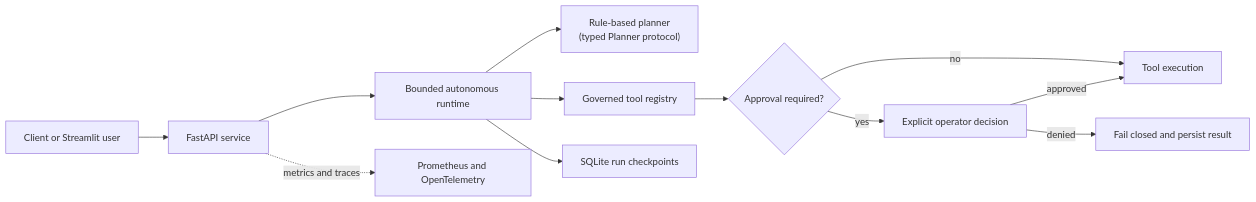
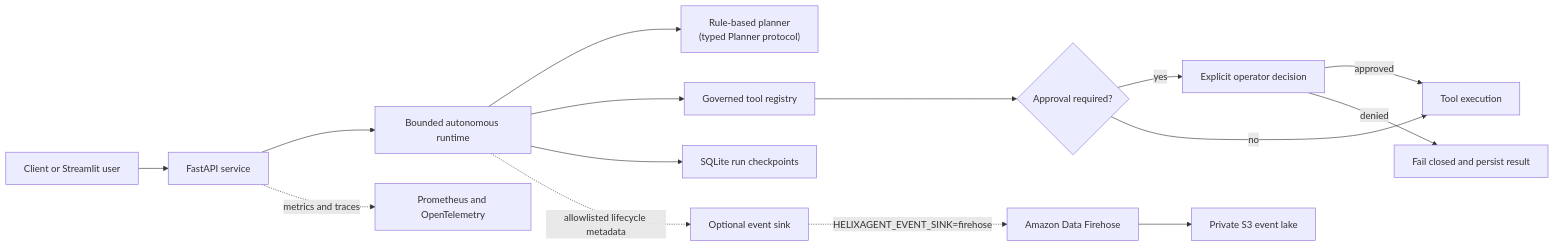
The first of 3 diagrams in README.md (CoreyLeath-code/HelixAgent), drawn with Mermaid before and after one commit. The commit also changed other lines of this file, not shown here.

Commit message:
docs: document AWS event lake and refresh badges

````diff
--- a/README.md
+++ b/README.md
@@ -45,14 +49,17 @@
 ```mermaid
 flowchart LR
     user["Client or Streamlit user"] --> api["FastAPI service"]
     api --> runtime["Bounded autonomous runtime"]
     runtime --> planner["Rule-based planner\n(typed Planner protocol)"]
     runtime --> registry["Governed tool registry"]
     registry --> gate{"Approval required?"}
     gate -- "yes" --> approval["Explicit operator decision"]
     approval -- "approved" --> tool["Tool execution"]
     approval -- "denied" --> failed["Fail closed and persist result"]
     gate -- "no" --> tool
     runtime --> store["SQLite run checkpoints"]
+    runtime -. "allowlisted lifecycle metadata" .-> sink["Optional event sink"]
+    sink -. "HELIXAGENT_EVENT_SINK=firehose" .-> firehose["Amazon Data Firehose"]
+    firehose --> s3["Private S3 event lake"]
     api -. "metrics and traces" .-> observability["Prometheus and OpenTelemetry"]
 ```
````
